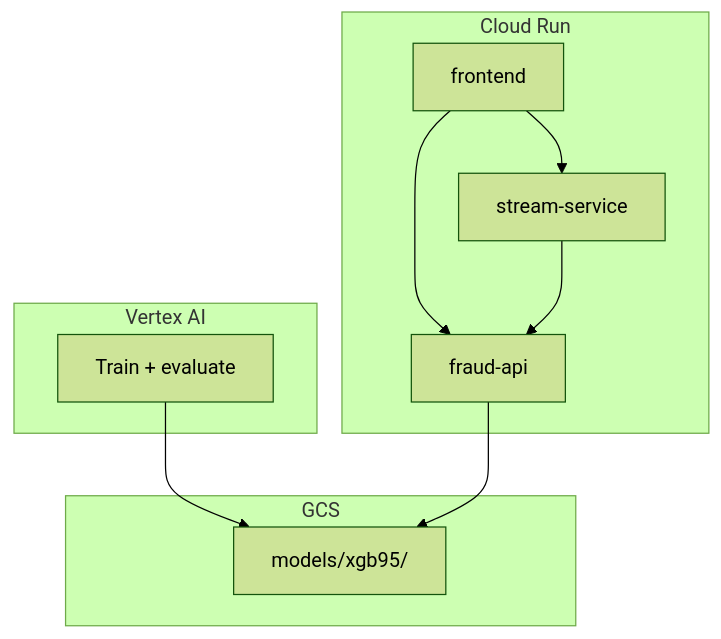
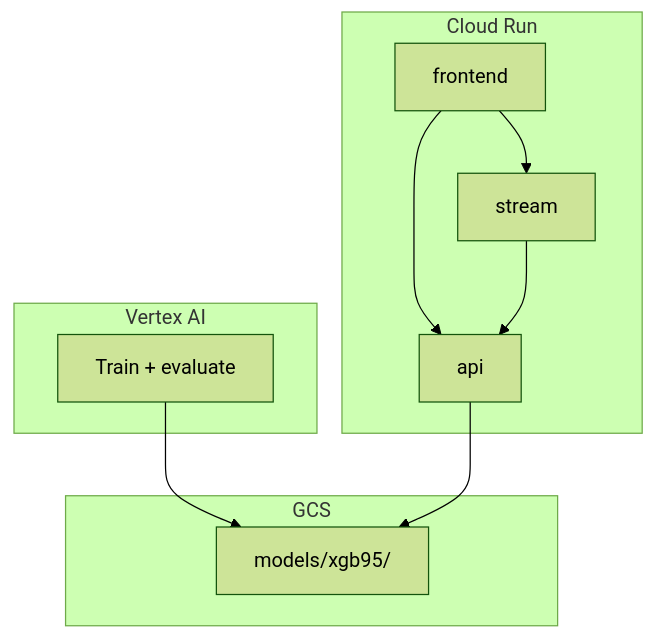
One commit to prasannahere/fraud-detection-ml-system changed the diagram in README.md. Above: the diagram before and after it, drawn with Mermaid (forest theme). The commit also changed other lines of this file and 14 other files, not shown here.

````diff
--- a/README.md
+++ b/README.md
@@ -95,22 +95,22 @@
 ```mermaid
 flowchart TB
     subgraph vertex [Vertex AI]
         Train[Train + evaluate]
     end
 
     subgraph gcs [GCS]
         Models[models/xgb95/]
     end
 
     subgraph cloudrun [Cloud Run]
         FE[frontend]
-        API[fraud-api]
-        Stream[stream-service]
+        API[api]
+        Stream[stream]
     end
 
     Train --> Models
     FE --> API
     FE --> Stream
     Stream --> API
     API --> Models
 ```
````
